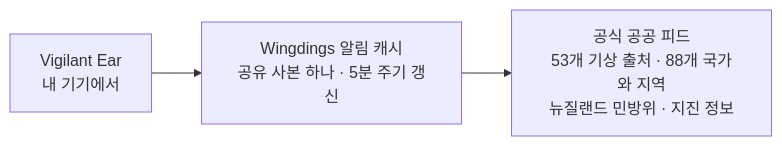
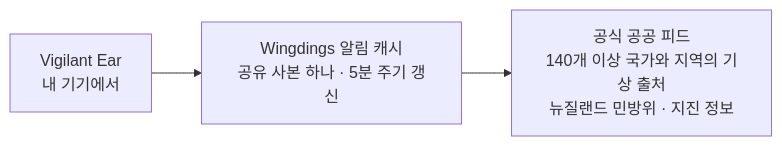
Before and after one commit to rpalm01-star/VigilantEarLegal: the fourth of 4 diagrams in README_ko.md, drawn with Mermaid. The commit also changed other lines of this file and 59 other files, not shown here.

````diff
--- a/README_ko.md
+++ b/README_ko.md
@@ -182,5 +182,5 @@
 ```mermaid
 graph LR
     P1["Vigilant Ear<br/>내 기기에서"] --> W["Wingdings 알림 캐시<br/>공유 사본 하나 · 5분 주기 갱신"]
-    W --> N["공식 공공 피드<br/>53개 기상 출처 · 88개 국가와 지역<br/>뉴질랜드 민방위 · 지진 정보"]
+    W --> N["공식 공공 피드<br/>140개 이상 국가와 지역의 기상 출처<br/>뉴질랜드 민방위 · 지진 정보"]
 ```
````
